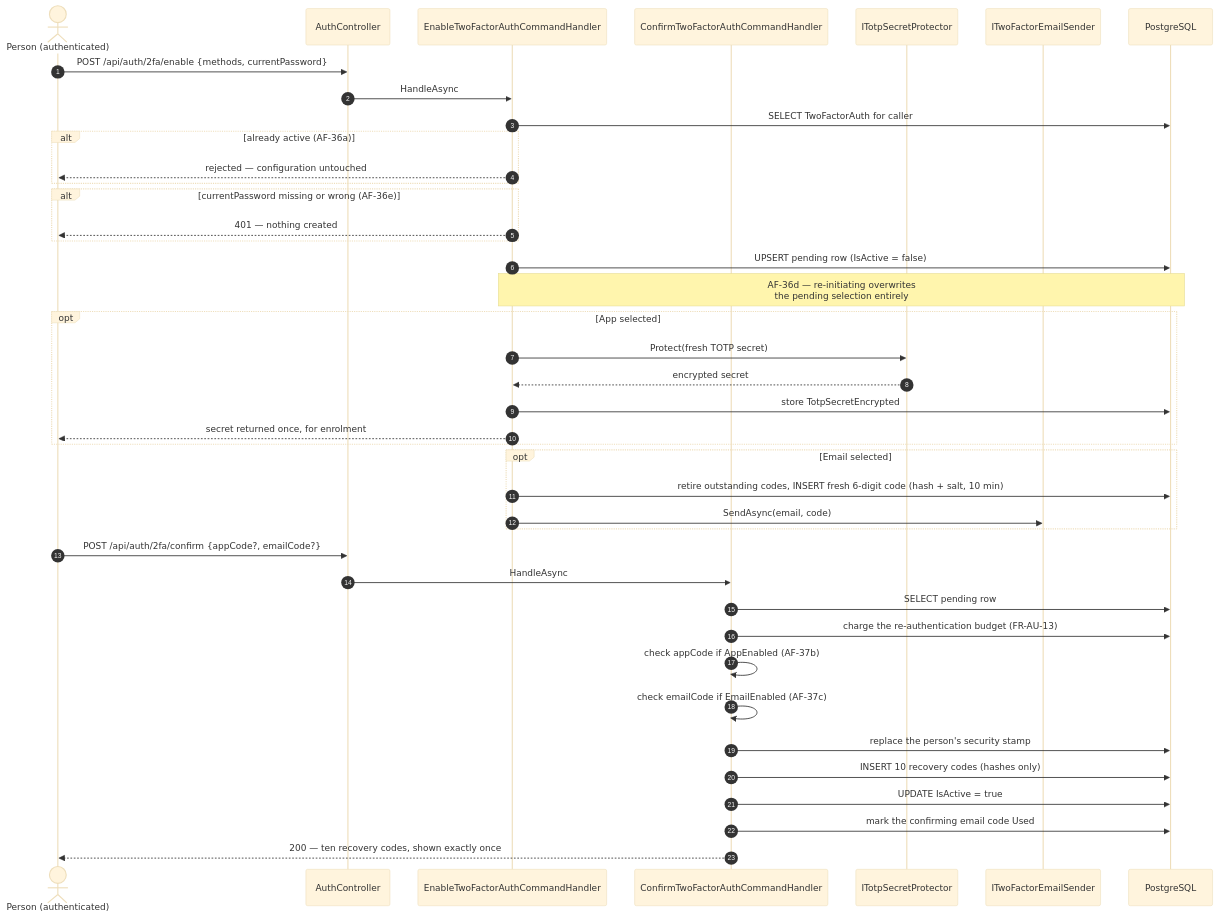
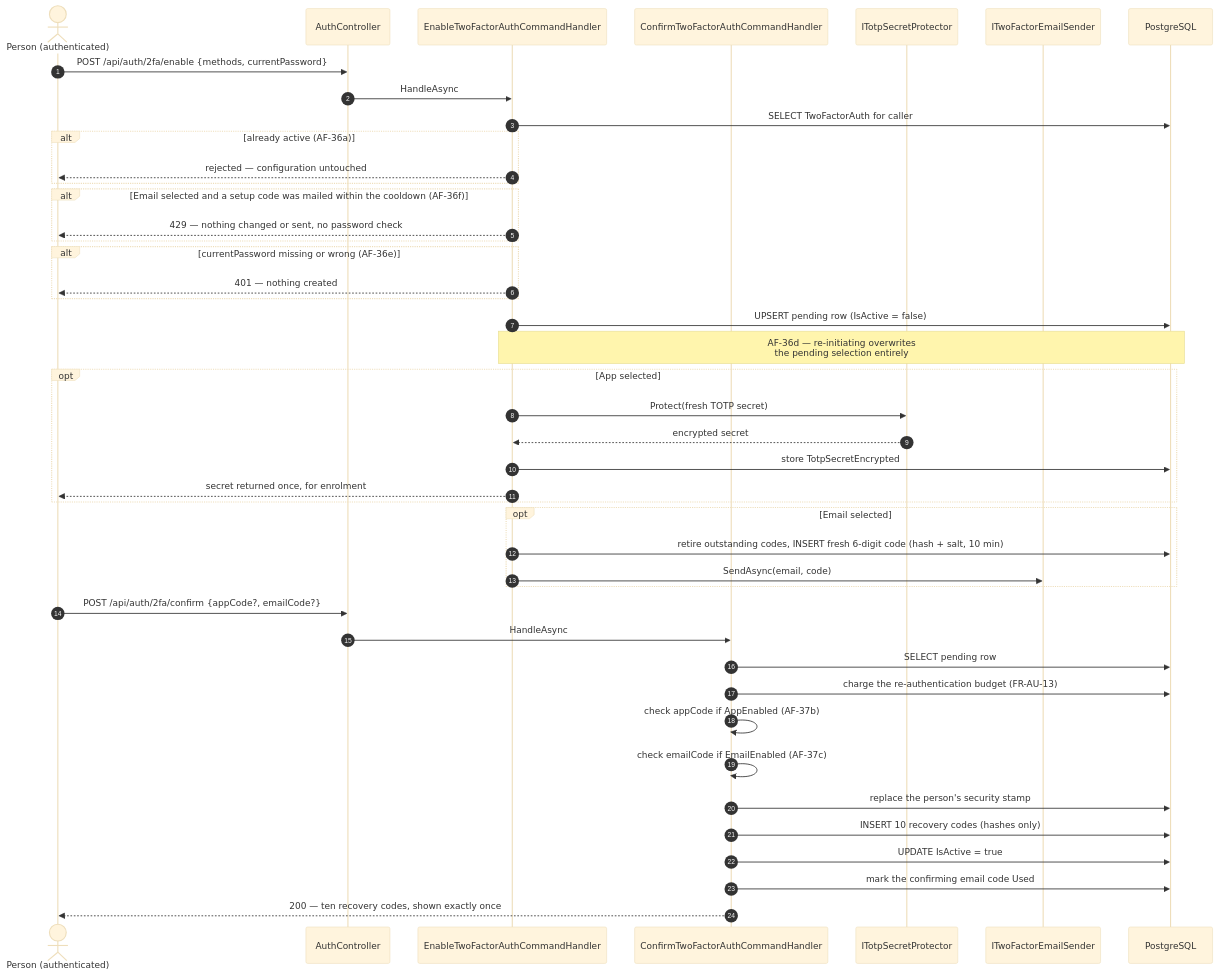
One commit to artur-rios/heimdall-api changed the second of 3 diagrams in docs/content/en/docs/flows/two-factor.md. Above: the diagram before and after it, drawn with Mermaid (base theme). The commit also changed 11 other files, not shown here.

````diff
--- a/docs/content/en/docs/flows/two-factor.md
+++ b/docs/content/en/docs/flows/two-factor.md
@@ -30,46 +30,49 @@
 ```mermaid
 sequenceDiagram
     autonumber
     actor P as Person (authenticated)
     participant AC as AuthController
     participant EH as EnableTwoFactorAuthCommandHandler
     participant CH as ConfirmTwoFactorAuthCommandHandler
     participant TP as ITotpSecretProtector
     participant ES as ITwoFactorEmailSender
     participant DB as PostgreSQL
 
     P->>AC: POST /api/auth/2fa/enable {methods, currentPassword}
     AC->>EH: HandleAsync
     EH->>DB: SELECT TwoFactorAuth for caller
     alt already active (AF-36a)
         EH-->>P: rejected — configuration untouched
+    end
+    alt Email selected and a setup code was mailed within the cooldown (AF-36f)
+        EH-->>P: 429 — nothing changed or sent, no password check
     end
     alt currentPassword missing or wrong (AF-36e)
         EH-->>P: 401 — nothing created
     end
     EH->>DB: UPSERT pending row (IsActive = false)
     Note over EH,DB: AF-36d — re-initiating overwrites<br/>the pending selection entirely
 
     opt App selected
         EH->>TP: Protect(fresh TOTP secret)
         TP-->>EH: encrypted secret
         EH->>DB: store TotpSecretEncrypted
         EH-->>P: secret returned once, for enrolment
     end
     opt Email selected
         EH->>DB: retire outstanding codes, INSERT fresh 6-digit code (hash + salt, 10 min)
         EH->>ES: SendAsync(email, code)
     end
 
     P->>AC: POST /api/auth/2fa/confirm {appCode?, emailCode?}
     AC->>CH: HandleAsync
     CH->>DB: SELECT pending row
     CH->>DB: charge the re-authentication budget (FR-AU-13)
     CH->>CH: check appCode if AppEnabled (AF-37b)
     CH->>CH: check emailCode if EmailEnabled (AF-37c)
     CH->>DB: replace the person's security stamp
     CH->>DB: INSERT 10 recovery codes (hashes only)
     CH->>DB: UPDATE IsActive = true
     CH->>DB: mark the confirming email code Used
     CH-->>P: 200 — ten recovery codes, shown exactly once
 ```
````
